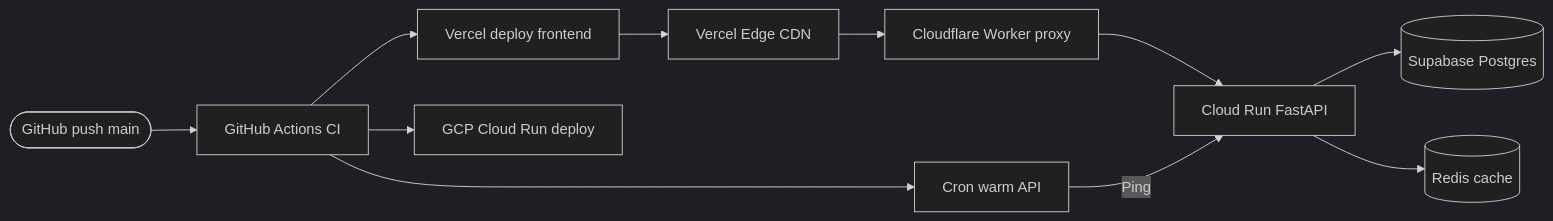
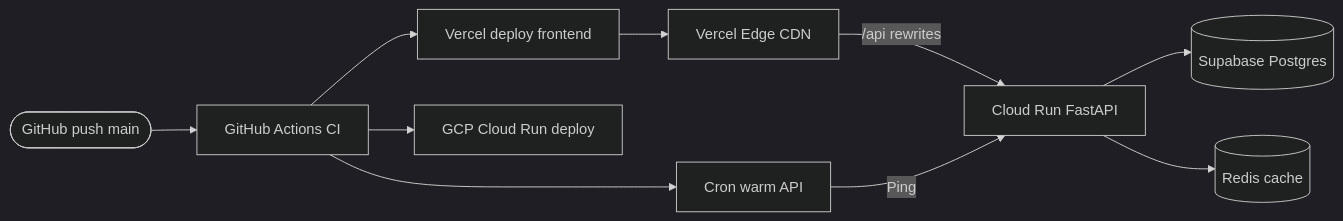
Before and after one commit to kvb1201/LogiFlow-Solution-Challenge-2026: the diagram in docs/diagrams/mermaid/07-deployment-infrastructure.mmd, drawn with Mermaid (dark theme). The commit also changed 21 other files, not shown here.

```diff
--- a/docs/diagrams/mermaid/07-deployment-infrastructure.mmd
+++ b/docs/diagrams/mermaid/07-deployment-infrastructure.mmd
@@ -1,11 +1,10 @@
 flowchart LR
     A([GitHub push main]) --> B[GitHub Actions CI]
     B --> C[Vercel deploy frontend]
     B --> D[GCP Cloud Run deploy]
     B --> K[Cron warm API]
     C --> E[Vercel Edge CDN]
-    E --> F[Cloudflare Worker proxy]
-    F --> G[Cloud Run FastAPI]
+    E -->|/api rewrites| G[Cloud Run FastAPI]
     G --> H[(Supabase Postgres)]
     G --> I[(Redis cache)]
     K -->|Ping| G
```
